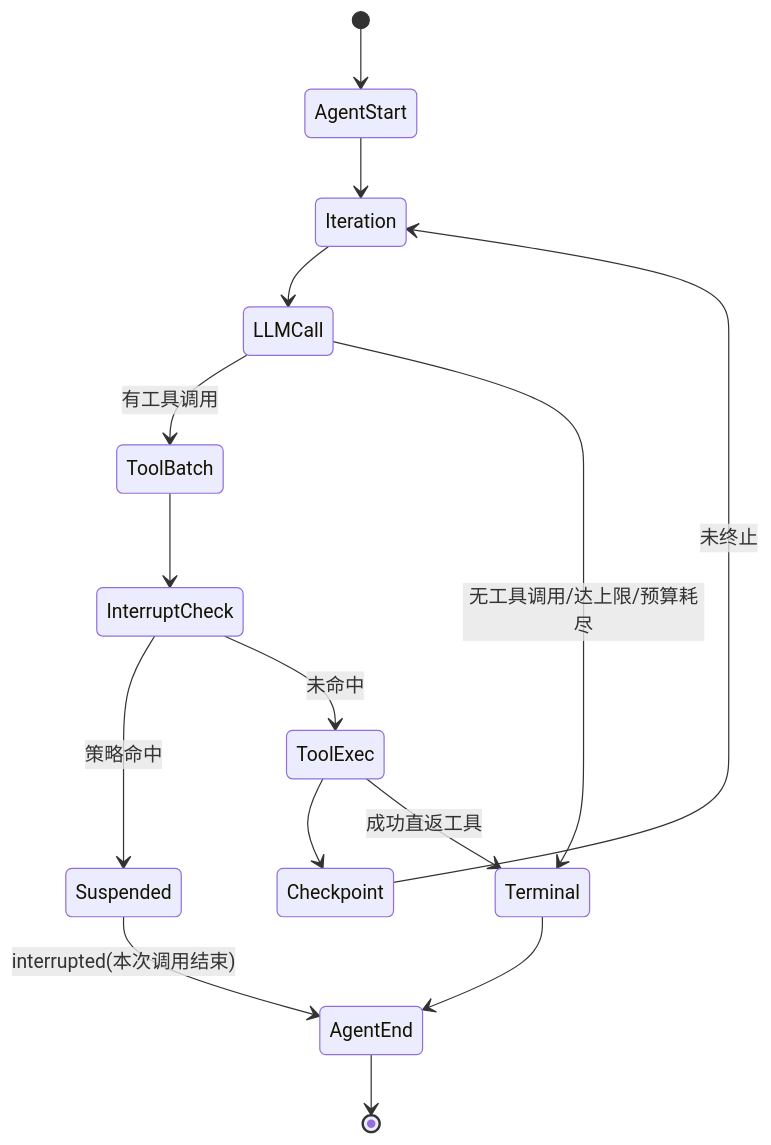
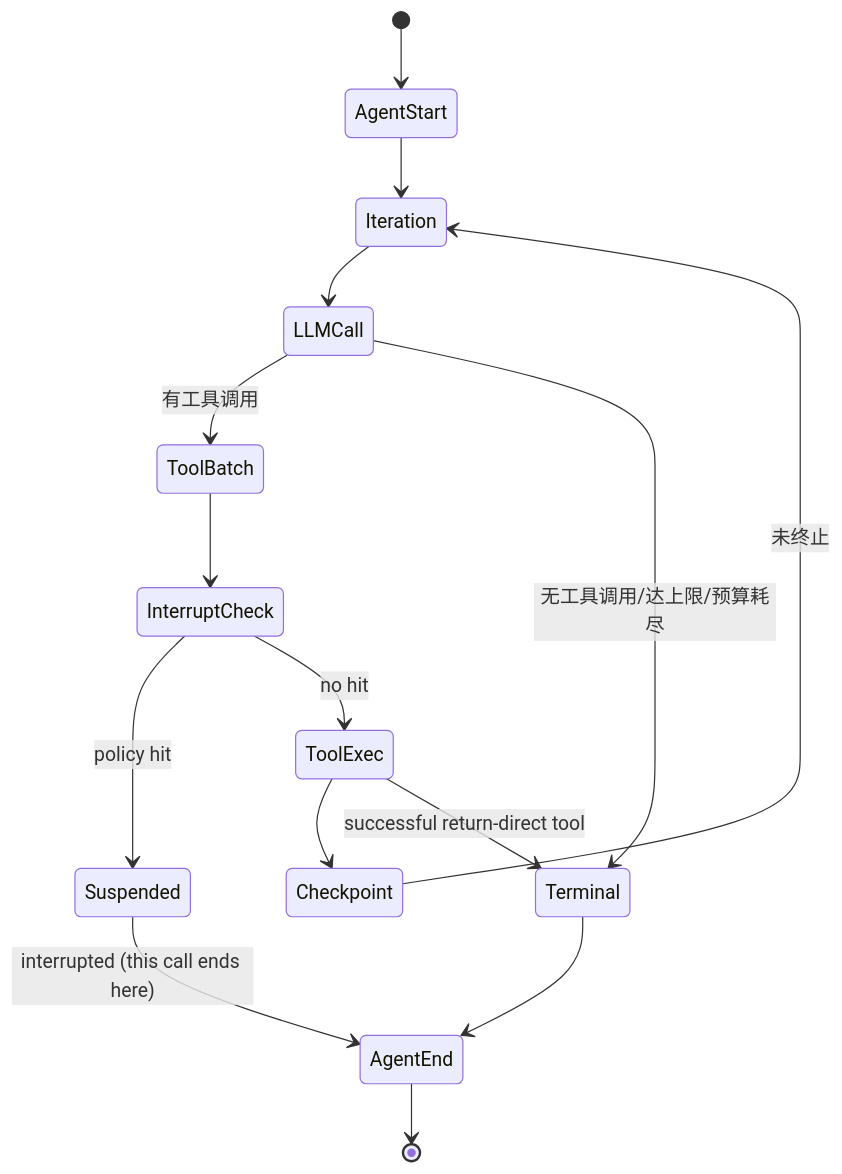
The diagram in doc/domains/agent/agent-core/agent-core.md (vogo/vage), drawn with Mermaid before and after one commit. The commit also changed other lines of this file and 15 other files, not shown here.

````diff
--- a/doc/domains/agent/agent-core/agent-core.md
+++ b/doc/domains/agent/agent-core/agent-core.md
@@ -93,17 +93,17 @@
 ```mermaid
 stateDiagram-v2
     [*] --> AgentStart
     AgentStart --> Iteration
     Iteration --> LLMCall
     LLMCall --> ToolBatch: 有工具调用
     ToolBatch --> InterruptCheck
-    InterruptCheck --> Suspended: 策略命中
-    InterruptCheck --> ToolExec: 未命中
+    InterruptCheck --> Suspended: policy hit
+    InterruptCheck --> ToolExec: no hit
     ToolExec --> Checkpoint
     Checkpoint --> Iteration: 未终止
-    ToolExec --> Terminal: 成功直返工具
+    ToolExec --> Terminal: successful return-direct tool
     LLMCall --> Terminal: 无工具调用/达上限/预算耗尽
     Terminal --> AgentEnd
-    Suspended --> AgentEnd: interrupted(本次调用结束)
+    Suspended --> AgentEnd: interrupted (this call ends here)
     AgentEnd --> [*]
 ```
````
